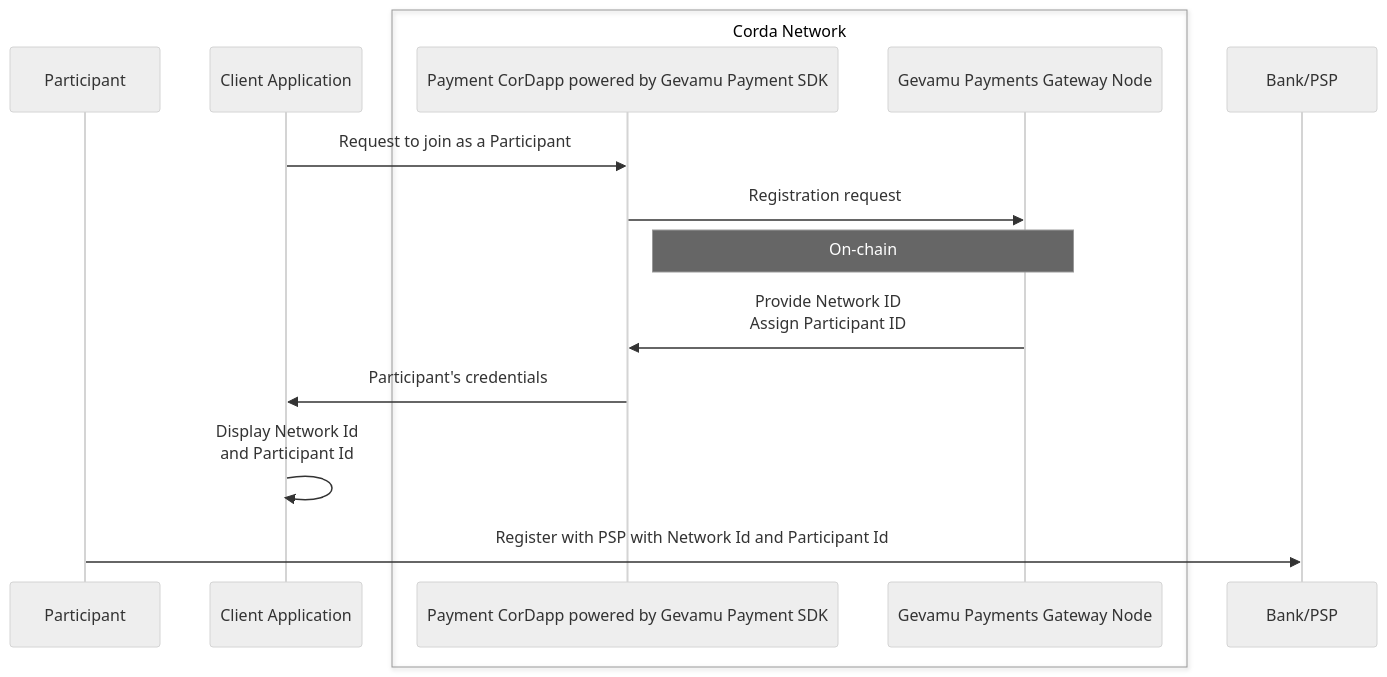
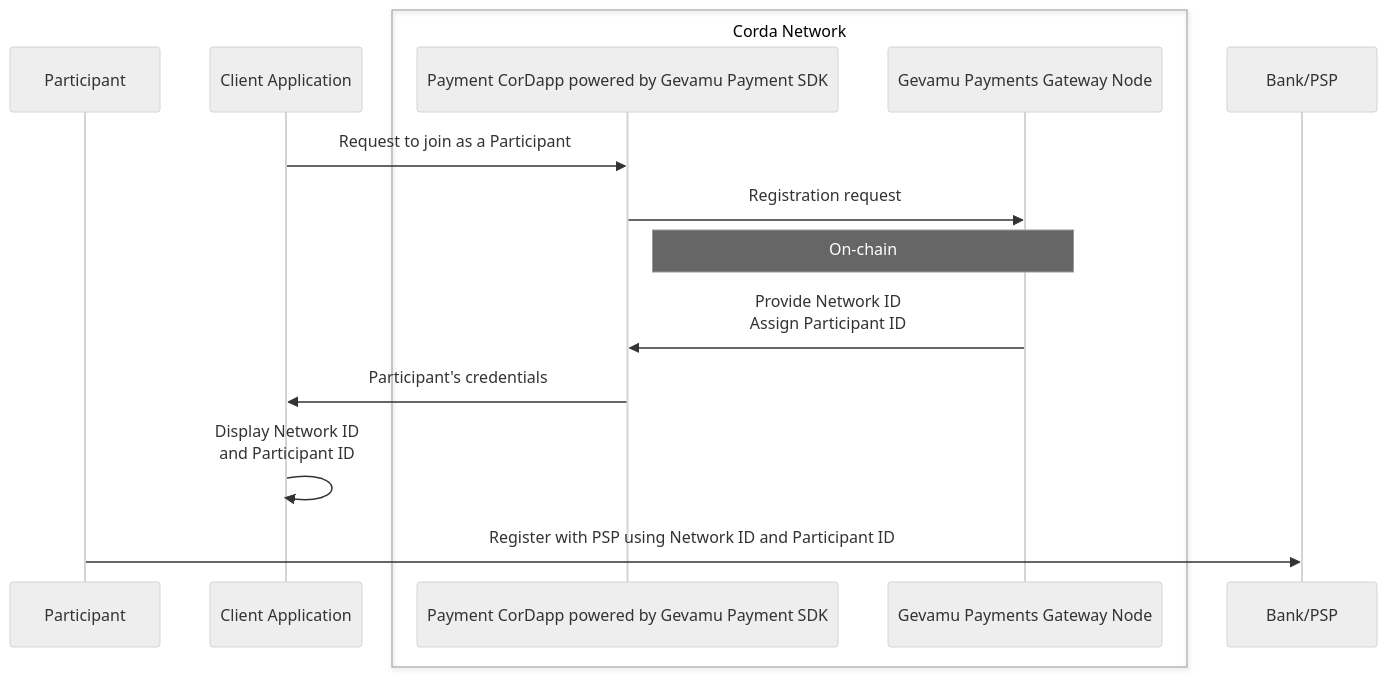
Before and after one commit to gevamu/gevamu.github.io: the diagram in content/3.workflow/3.participant-onboarding.md, drawn with Mermaid (neutral theme). The commit also changed 6 other files, not shown here.

````diff
--- a/content/3.workflow/3.participant-onboarding.md
+++ b/content/3.workflow/3.participant-onboarding.md
@@ -16,25 +16,25 @@
 ```mermaid
 sequenceDiagram
  
  %% using slide 12
 
   participant p as Participant
   participant ca as Client Application
   box Corda Network
   participant pc as Payment CorDapp powered by Gevamu Payment SDK 
   participant gn as Gevamu Payments Gateway Node
   end
   participant psp as Bank/PSP
 
   ca ->> pc: Request to join as a Participant
 
   
   pc ->> gn: Registration request
   Note right of pc: On-chain
   gn ->> pc: Provide Network ID <br/> Assign Participant ID
   
   pc ->> ca: Participant's credentials
-  ca ->> ca: Display Network Id <br/> and Participant Id
-  p ->> psp: Register with PSP with Network Id and Participant Id 
+  ca ->> ca: Display Network ID <br/> and Participant ID
+  p ->> psp: Register with PSP using Network ID and Participant ID 
   
 ```
````
